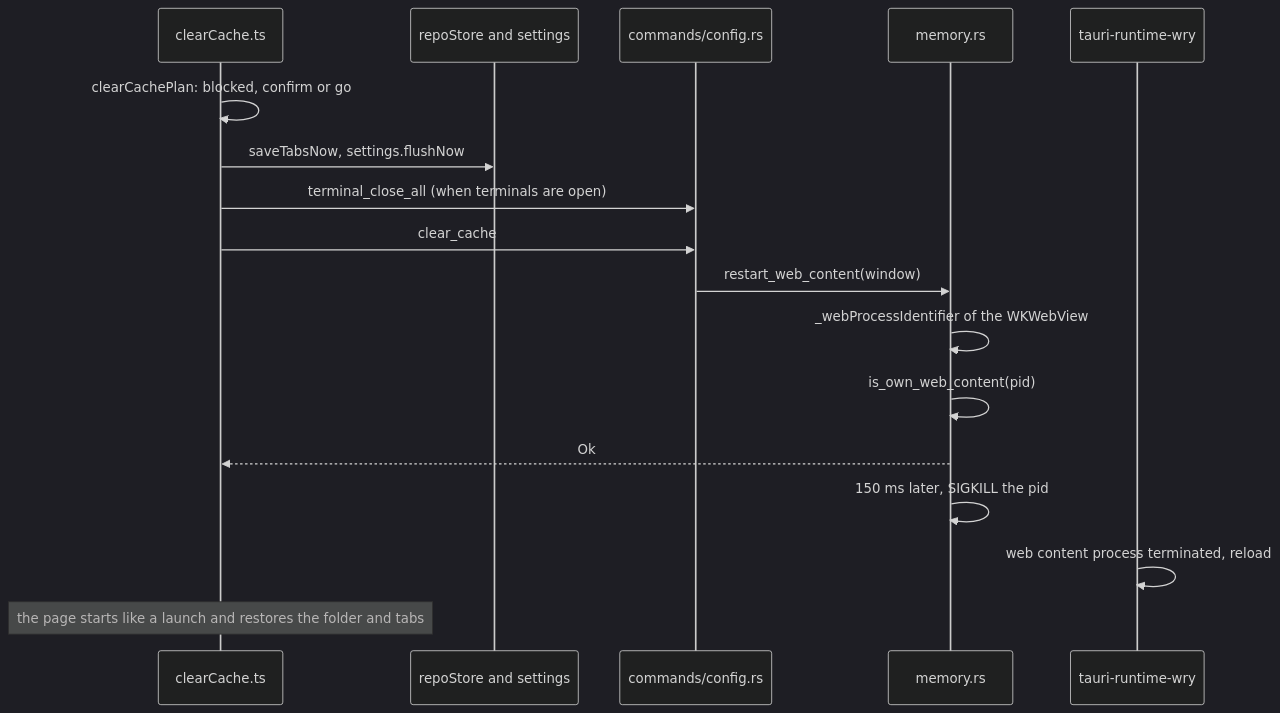
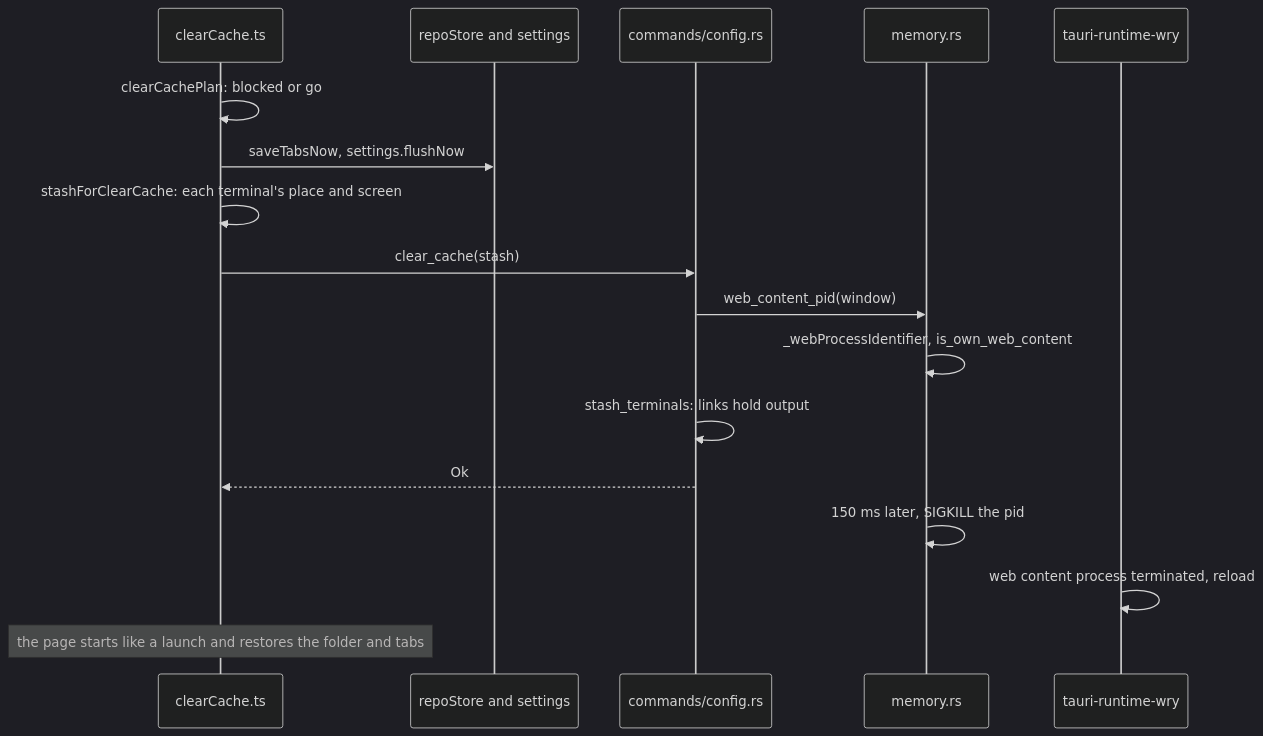
One commit to shibbirweb/git-manager changed the diagram in docs/wiki/developer/How-Clear-Cache-Works.md. Above: the diagram before and after it, drawn with Mermaid (dark theme). The commit also changed other lines of this file and 24 other files, not shown here.

Commit message:
feat:[GM-8] keep terminals running across Clear Cache, with their screens and the output printed meanwhile

````diff
--- a/docs/wiki/developer/How-Clear-Cache-Works.md
+++ b/docs/wiki/developer/How-Clear-Cache-Works.md
@@ -19,19 +19,19 @@
 ```mermaid
 sequenceDiagram
     participant UI as clearCache.ts
     participant Store as repoStore and settings
     participant Cmd as commands/config.rs
     participant Mem as memory.rs
     participant Tauri as tauri-runtime-wry
-    UI->>UI: clearCachePlan: blocked, confirm or go
+    UI->>UI: clearCachePlan: blocked or go
     UI->>Store: saveTabsNow, settings.flushNow
-    UI->>Cmd: terminal_close_all (when terminals are open)
-    UI->>Cmd: clear_cache
-    Cmd->>Mem: restart_web_content(window)
-    Mem->>Mem: _webProcessIdentifier of the WKWebView
-    Mem->>Mem: is_own_web_content(pid)
-    Mem-->>UI: Ok
+    UI->>UI: stashForClearCache: each terminal's place and screen
+    UI->>Cmd: clear_cache(stash)
+    Cmd->>Mem: web_content_pid(window)
+    Mem->>Mem: _webProcessIdentifier, is_own_web_content
+    Cmd->>Cmd: stash_terminals: links hold output
+    Cmd-->>UI: Ok
     Mem->>Mem: 150 ms later, SIGKILL the pid
     Tauri->>Tauri: web content process terminated, reload
     Note over UI: the page starts like a launch and restores the folder and tabs
 ```
````
